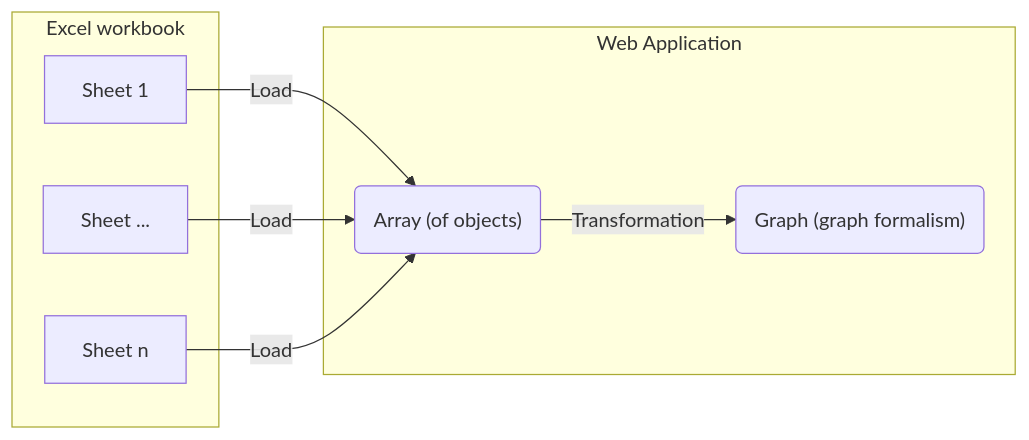
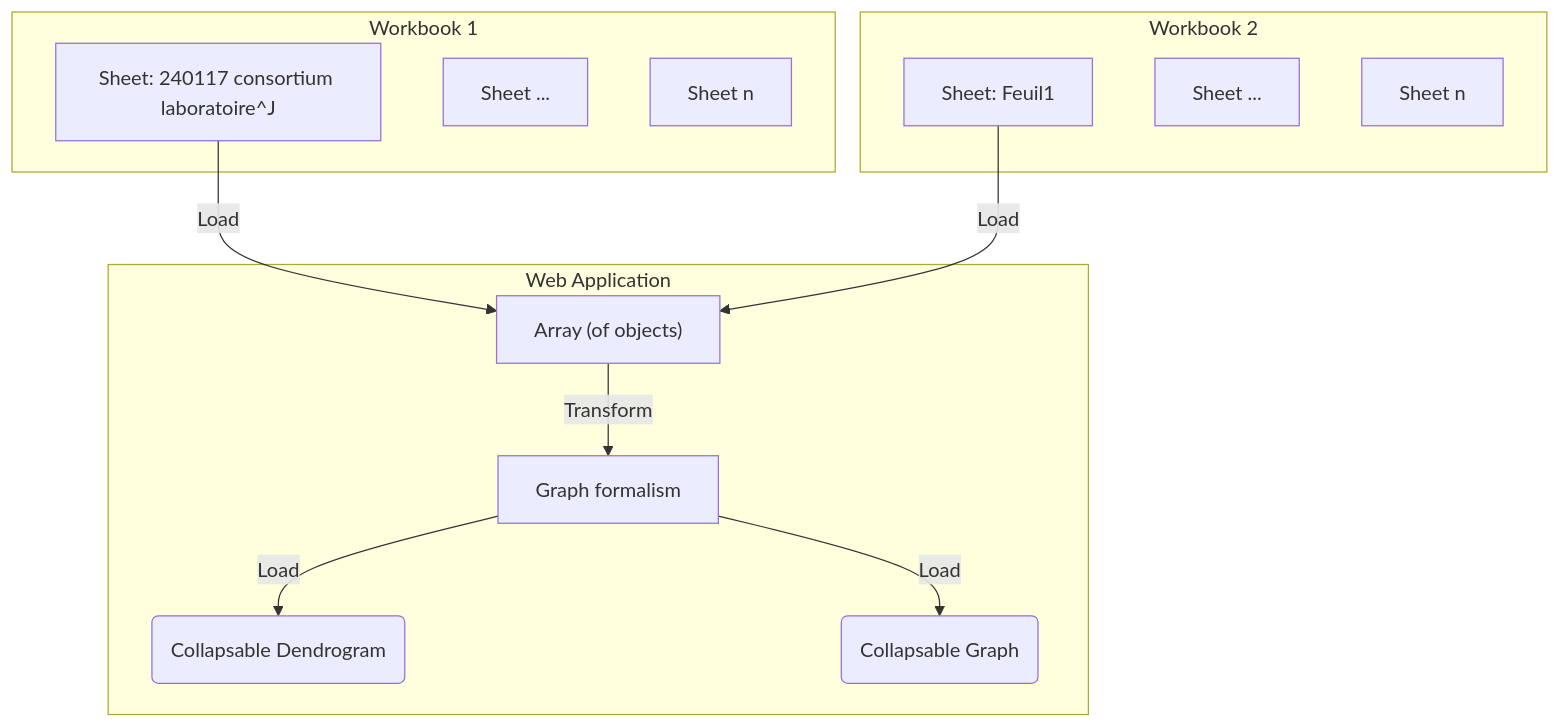
Before and after one commit to VCityTeam/PEPR-VDBI: the diagram in data-visualization/docs/graph-test-1.md, drawn with Mermaid. The commit also changed other lines of this file and 1 other file, not shown here.

Commit message:
update notes, doc

````diff
--- a/data-visualization/docs/graph-test-1.md
+++ b/data-visualization/docs/graph-test-1.md
@@ -14,16 +18,20 @@
 ```mermaid
-flowchart LR
-    subgraph Excel workbook
-        AA[Sheet 1]
+flowchart TD
+    subgraph "Workbook 1"
+        AA[Sheet: 240117 consortium laboratoire^J]
         AB[Sheet ...]
         AC[Sheet n]
     end
+    subgraph "Workbook 2"
+        BA[Sheet: Feuil1]
+        BB[Sheet ...]
+        BC[Sheet n]
+    end
     AA -->|Load| C
-    AB -->|Load| C
-    AC -->|Load| C
+    BA -->|Load| C
     subgraph Web Application
-        C("Array (of objects)")
-        D("Graph (graph formalism)")
-        C -->|Transformation| D
+        C["Array (of objects)"] -->|Transform| F[Graph formalism]
+        F -->|Load| G(Collapsable Dendrogram)
+        F -->|Load| D(Collapsable Graph)
     end
 ```
````
